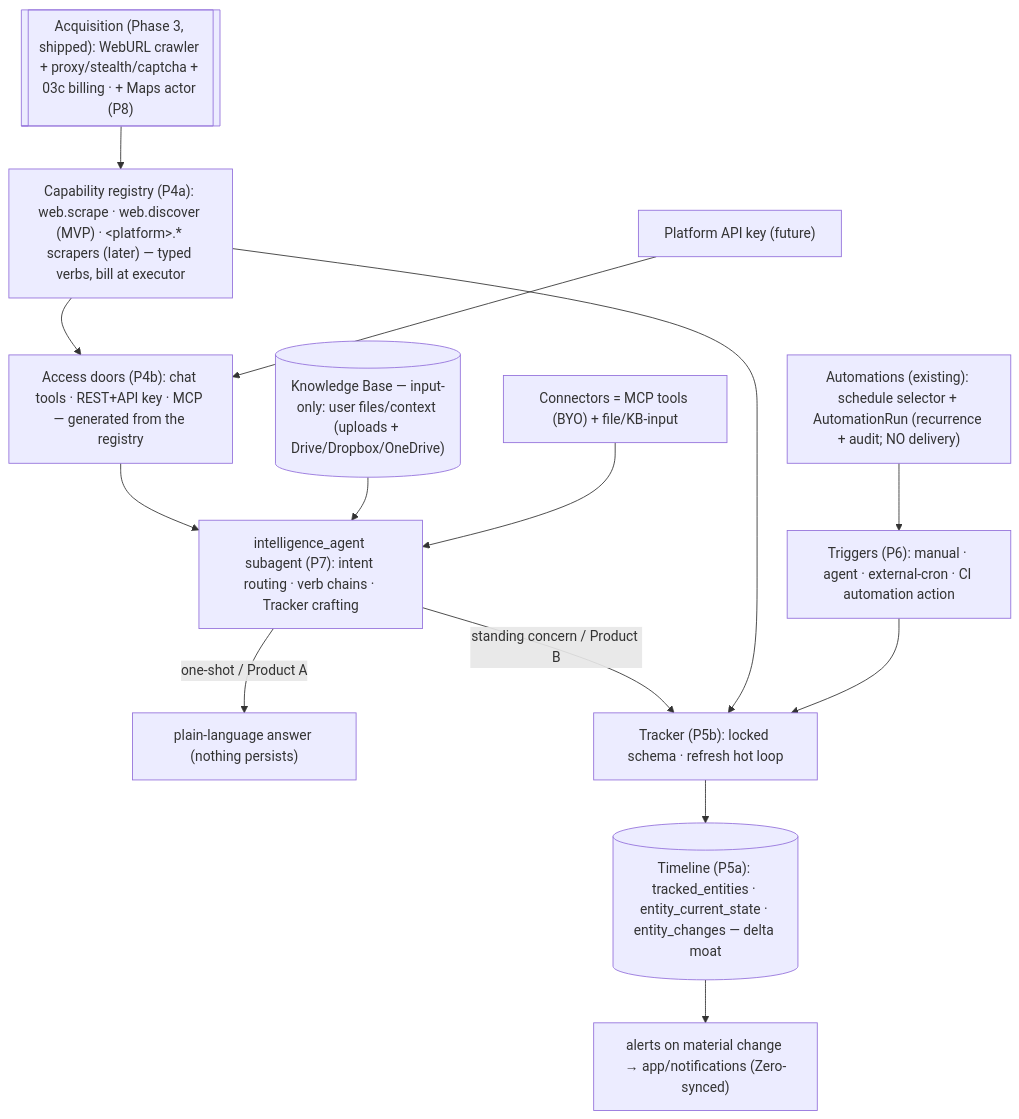
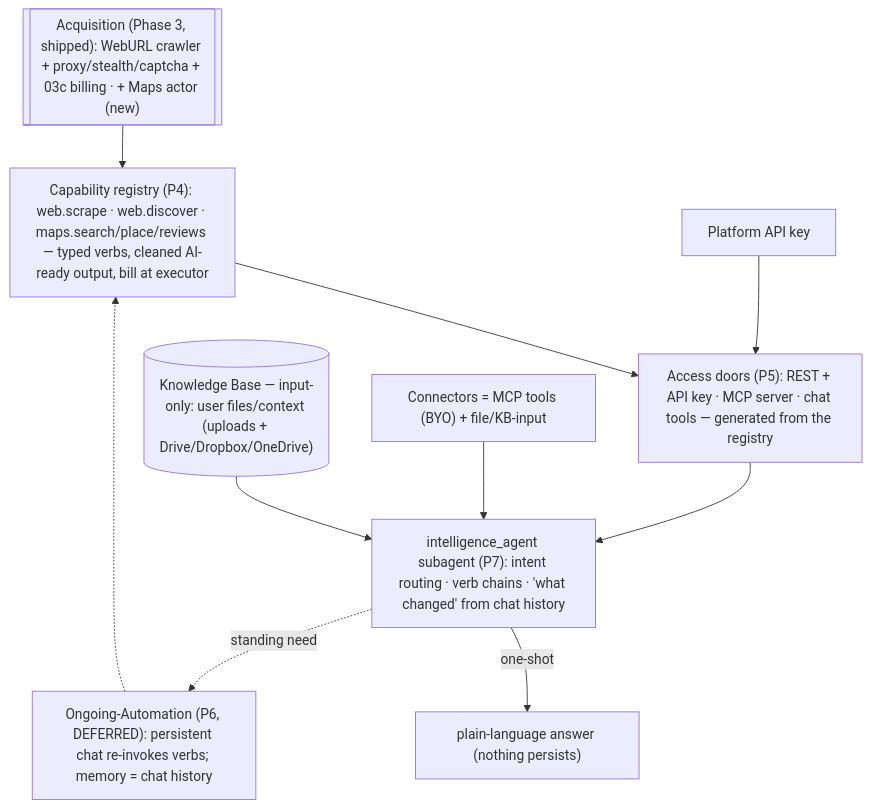
One commit to MODSetter/SurfSense changed the first of 2 diagrams in plans/backend/00-umbrella-plan.md. Above: the diagram before and after it, drawn with Mermaid. The commit also changed other lines of this file and 20 other files, not shown here.

````diff
--- a/plans/backend/00-umbrella-plan.md
+++ b/plans/backend/00-umbrella-plan.md
@@ -35,18 +49,14 @@
 ```mermaid
 flowchart TD
-  ACQ[["Acquisition (Phase 3, shipped): WebURL crawler + proxy/stealth/captcha + 03c billing · + Maps actor (P8)"]]
-  REG["Capability registry (P4a): web.scrape · web.discover (MVP) · &lt;platform&gt;.* scrapers (later) — typed verbs, bill at executor"]
+  ACQ[["Acquisition (Phase 3, shipped): WebURL crawler + proxy/stealth/captcha + 03c billing · + Maps actor (new)"]]
+  REG["Capability registry (P4): web.scrape · web.discover · maps.search/place/reviews — typed verbs, cleaned AI-ready output, bill at executor"]
   ACQ --> REG
-  REG --> DOORS["Access doors (P4b): chat tools · REST+API key · MCP — generated from the registry"]
-  DOORS --> AGENT["intelligence_agent subagent (P7): intent routing · verb chains · Tracker crafting"]
+  REG --> DOORS["Access doors (P5): REST + API key · MCP server · chat tools — generated from the registry"]
+  DOORS --> AGENT["intelligence_agent subagent (P7): intent routing · verb chains · 'what changed' from chat history"]
   KB[("Knowledge Base — input-only: user files/context (uploads + Drive/Dropbox/OneDrive)")] --> AGENT
   CONN["Connectors = MCP tools (BYO) + file/KB-input"] --> AGENT
-  AGENT -->|one-shot / Product A| ANS["plain-language answer (nothing persists)"]
-  AGENT -->|standing concern / Product B| TR["Tracker (P5b): locked schema · refresh hot loop"]
-  REG --> TR
-  TR --> TL[("Timeline (P5a): tracked_entities · entity_current_state · entity_changes — delta moat")]
-  TRIG["Triggers (P6): manual · agent · external-cron · CI automation action"] --> TR
-  AUTO["Automations (existing): schedule selector + AutomationRun (recurrence + audit; NO delivery)"] --> TRIG
-  TL --> DELIVER["alerts on material change → app/notifications (Zero-synced)"]
-  APIKEY["Platform API key (future)"] --> DOORS
+  AGENT -->|one-shot| ANS["plain-language answer (nothing persists)"]
+  AGENT -.->|standing need| ONG["Ongoing-Automation (P6, DEFERRED): persistent chat re-invokes verbs; memory = chat history"]
+  ONG -.-> REG
+  APIKEY["Platform API key"] --> DOORS
 ```
````
